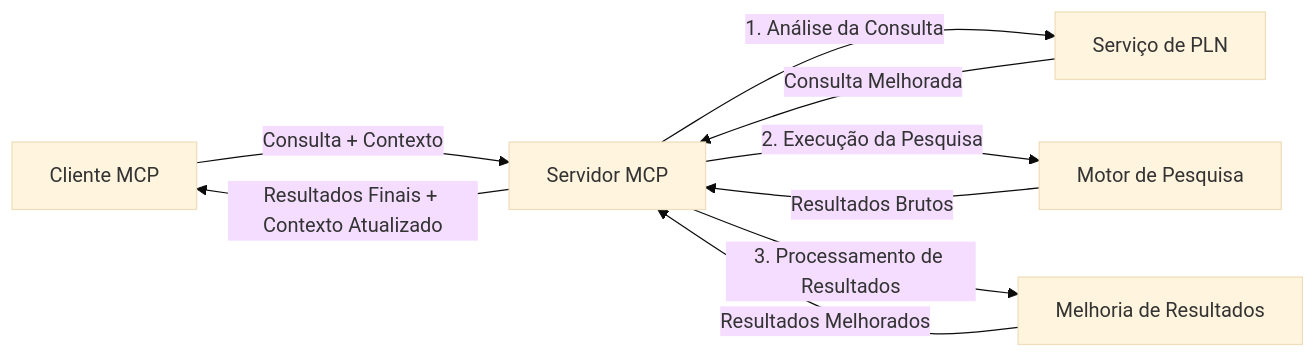
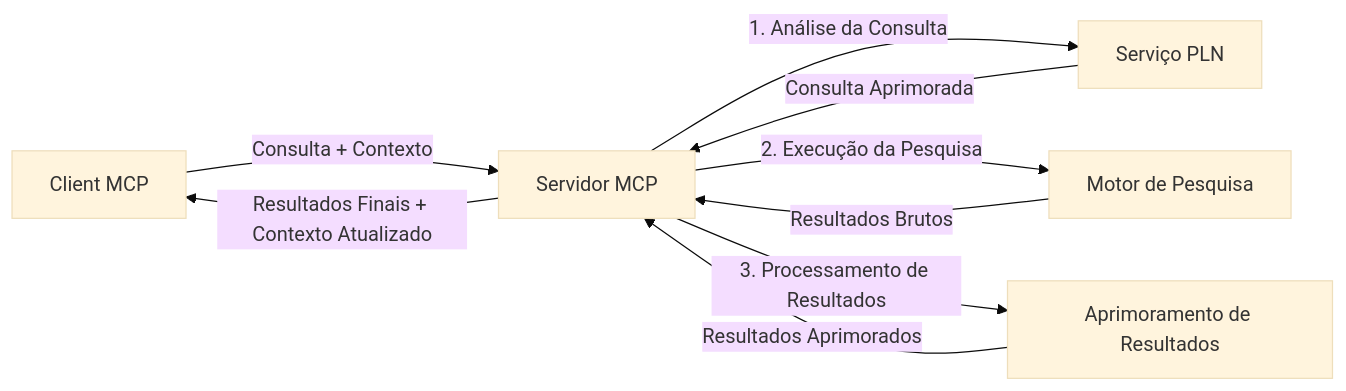
The fourth of 4 diagrams in translations/pt-PT/05-AdvancedTopics/mcp-realtimesearch/README.md (microsoft/mcp-for-beginners), drawn with Mermaid (base theme) before and after one commit. The commit also changed other lines of this file and 129 other files, not shown here.

````diff
--- a/translations/pt-PT/05-AdvancedTopics/mcp-realtimesearch/README.md
+++ b/translations/pt-PT/05-AdvancedTopics/mcp-realtimesearch/README.md
@@ -626,11 +628,11 @@
 ```mermaid
 graph LR
-    Client[Cliente MCP] --> |Consulta + Contexto| Server[Servidor MCP]
-    Server --> |1. Análise da Consulta| NLP[Serviço de PLN]
-    NLP --> |Consulta Melhorada| Server
+    Client[Client MCP] --> |Consulta + Contexto| Server[Servidor MCP]
+    Server --> |1. Análise da Consulta| NLP[Serviço PLN]
+    NLP --> |Consulta Aprimorada| Server
     Server --> |2. Execução da Pesquisa| Search[Motor de Pesquisa]
     Search --> |Resultados Brutos| Server
-    Server --> |3. Processamento de Resultados| Enhancement[Melhoria de Resultados]
-    Enhancement --> |Resultados Melhorados| Server
+    Server --> |3. Processamento de Resultados| Enhancement[Aprimoramento de Resultados]
+    Enhancement --> |Resultados Aprimorados| Server
     Server --> |Resultados Finais + Contexto Atualizado| Client
 ```
````
